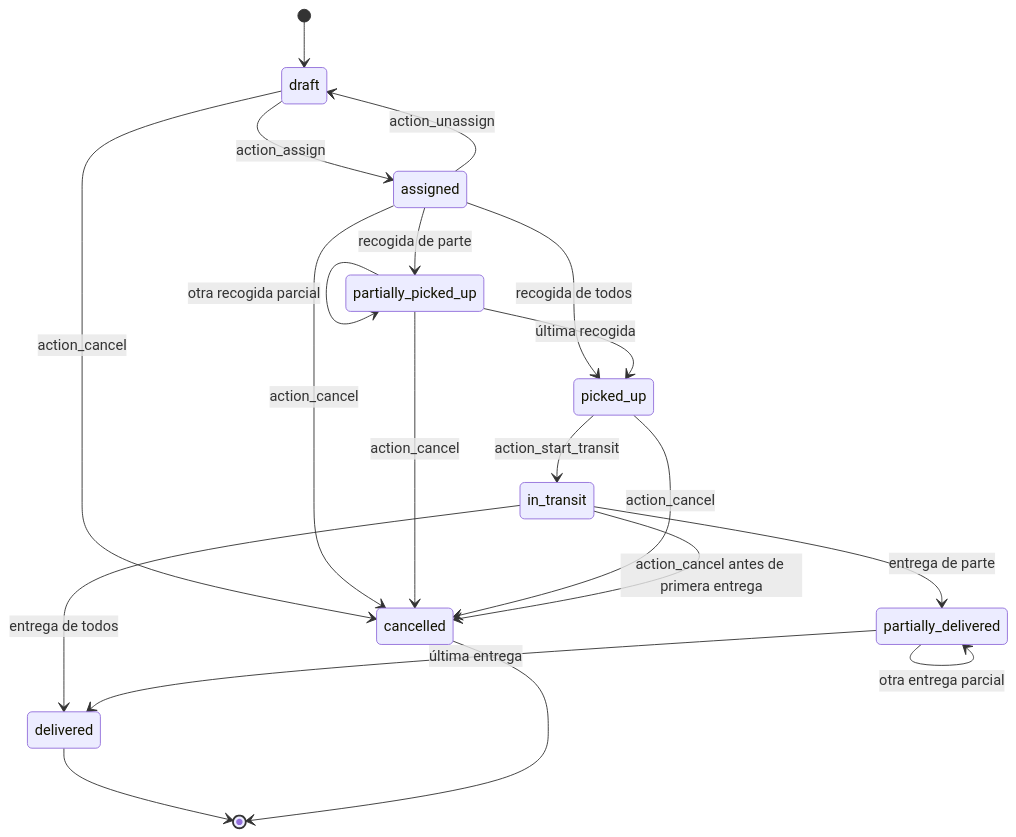
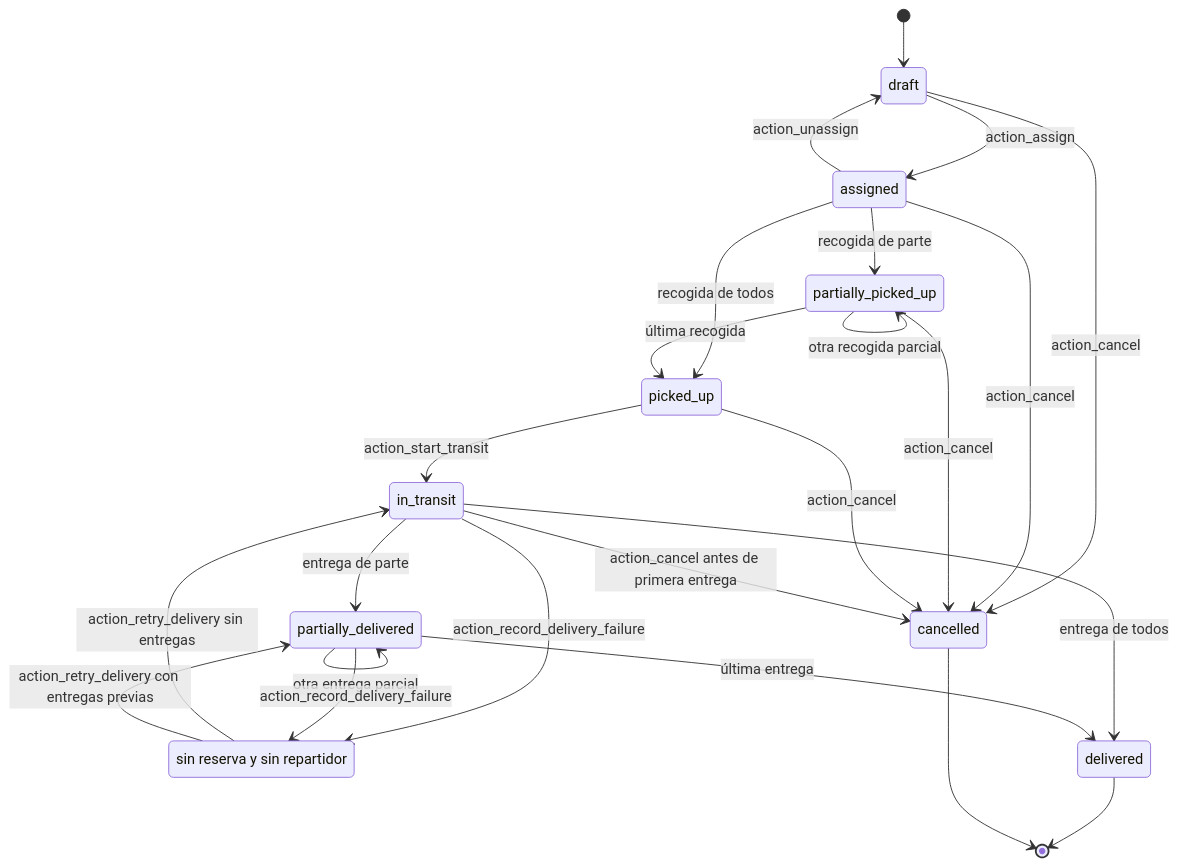
The third of 3 diagrams in docs/especificacion_tecnica.md (R4ng3x/parcel-transport-management), drawn with Mermaid before and after one commit. The commit also changed other lines of this file and 31 other files, not shown here.

````diff
--- a/docs/especificacion_tecnica.md
+++ b/docs/especificacion_tecnica.md
@@ -219,22 +230,27 @@
 ```mermaid
 stateDiagram-v2
     [*] --> draft
     draft --> assigned: action_assign
     assigned --> draft: action_unassign
     assigned --> partially_picked_up: recogida de parte
     assigned --> picked_up: recogida de todos
     partially_picked_up --> partially_picked_up: otra recogida parcial
     partially_picked_up --> picked_up: última recogida
     picked_up --> in_transit: action_start_transit
     in_transit --> partially_delivered: entrega de parte
     in_transit --> delivered: entrega de todos
     partially_delivered --> partially_delivered: otra entrega parcial
     partially_delivered --> delivered: última entrega
+    in_transit --> delivery_failed: action_record_delivery_failure
+    partially_delivered --> delivery_failed: action_record_delivery_failure
+    delivery_failed --> in_transit: action_retry_delivery sin entregas
+    delivery_failed --> partially_delivered: action_retry_delivery con entregas previas
     draft --> cancelled: action_cancel
     assigned --> cancelled: action_cancel
     partially_picked_up --> cancelled: action_cancel
     picked_up --> cancelled: action_cancel
     in_transit --> cancelled: action_cancel antes de primera entrega
     delivered --> [*]
     cancelled --> [*]
+    delivery_failed: sin reserva y sin repartidor
 ```
````
